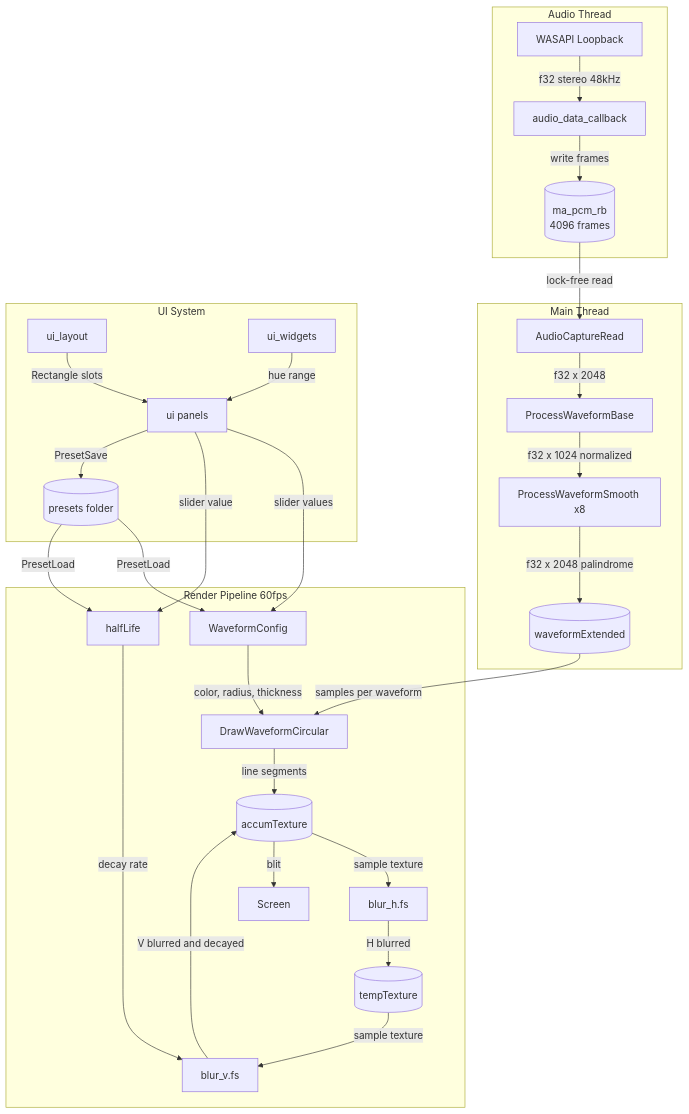
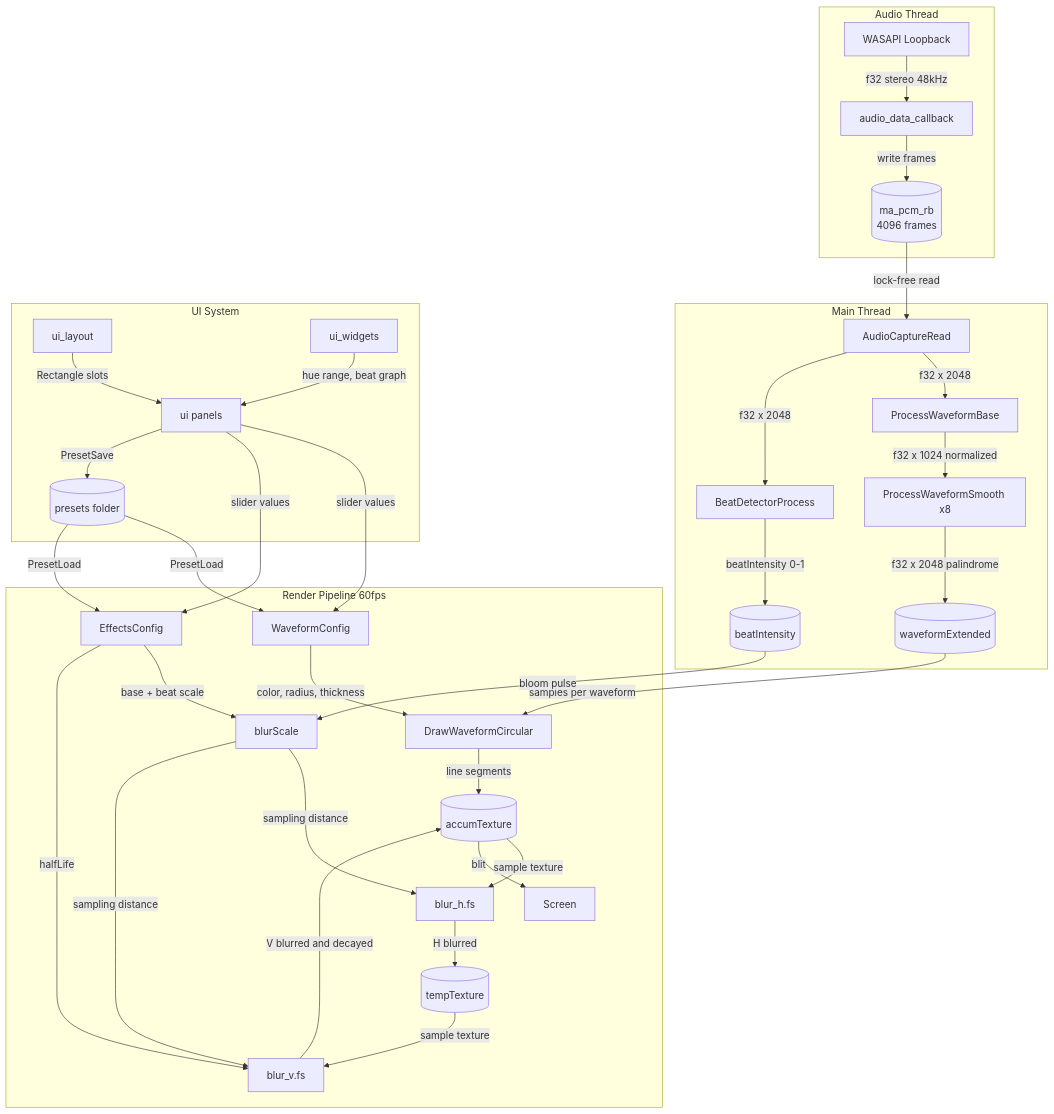
The diagram in docs/architecture.md (EvanLavender13/audio-jones), drawn with Mermaid before and after one commit. The commit also changed other lines of this file and 4 other files, not shown here.

First line of the commit message:
Sync architecture docs with beat detection and effects config

````diff
--- a/docs/architecture.md
+++ b/docs/architecture.md
@@ -11,36 +11,42 @@
 ```mermaid
 flowchart TD
     subgraph AudioThread[Audio Thread]
         WASAPI[WASAPI Loopback] -->|f32 stereo 48kHz| CB[audio_data_callback]
         CB -->|write frames| RB[(ma_pcm_rb<br/>4096 frames)]
     end
 
     subgraph MainLoop[Main Thread]
         RB -->|lock-free read| READ[AudioCaptureRead]
         READ -->|f32 x 2048| BASE[ProcessWaveformBase]
+        READ -->|f32 x 2048| BD[BeatDetectorProcess]
         BASE -->|f32 x 1024 normalized| SMOOTH[ProcessWaveformSmooth x8]
         SMOOTH -->|f32 x 2048 palindrome| EXT[(waveformExtended)]
+        BD -->|beatIntensity 0-1| BI[(beatIntensity)]
     end
 
     subgraph RenderPipe[Render Pipeline 60fps]
         EXT -->|samples per waveform| DRAW[DrawWaveformCircular]
         CFG[WaveformConfig] -->|color, radius, thickness| DRAW
         DRAW -->|line segments| ACC[(accumTexture)]
+        BI -->|bloom pulse| BS[blurScale]
+        EFX[EffectsConfig] -->|base + beat scale| BS
         ACC -->|sample texture| BH[blur_h.fs]
+        BS -->|sampling distance| BH
         BH -->|H blurred| TMP[(tempTexture)]
         TMP -->|sample texture| BV[blur_v.fs]
-        HL[halfLife] -->|decay rate| BV
+        EFX -->|halfLife| BV
+        BS -->|sampling distance| BV
         BV -->|V blurred and decayed| ACC
         ACC -->|blit| SCR[Screen]
     end
 
     subgraph UILayer[UI System]
         LAYOUT[ui_layout] -->|Rectangle slots| PNL[ui panels]
-        WIDGETS[ui_widgets] -->|hue range| PNL
+        WIDGETS[ui_widgets] -->|hue range, beat graph| PNL
         PNL -->|slider values| CFG
-        PNL -->|slider value| HL
+        PNL -->|slider values| EFX
         PNL -->|PresetSave| DISK[(presets folder)]
         DISK -->|PresetLoad| CFG
-        DISK -->|PresetLoad| HL
+        DISK -->|PresetLoad| EFX
     end
 ```
````
